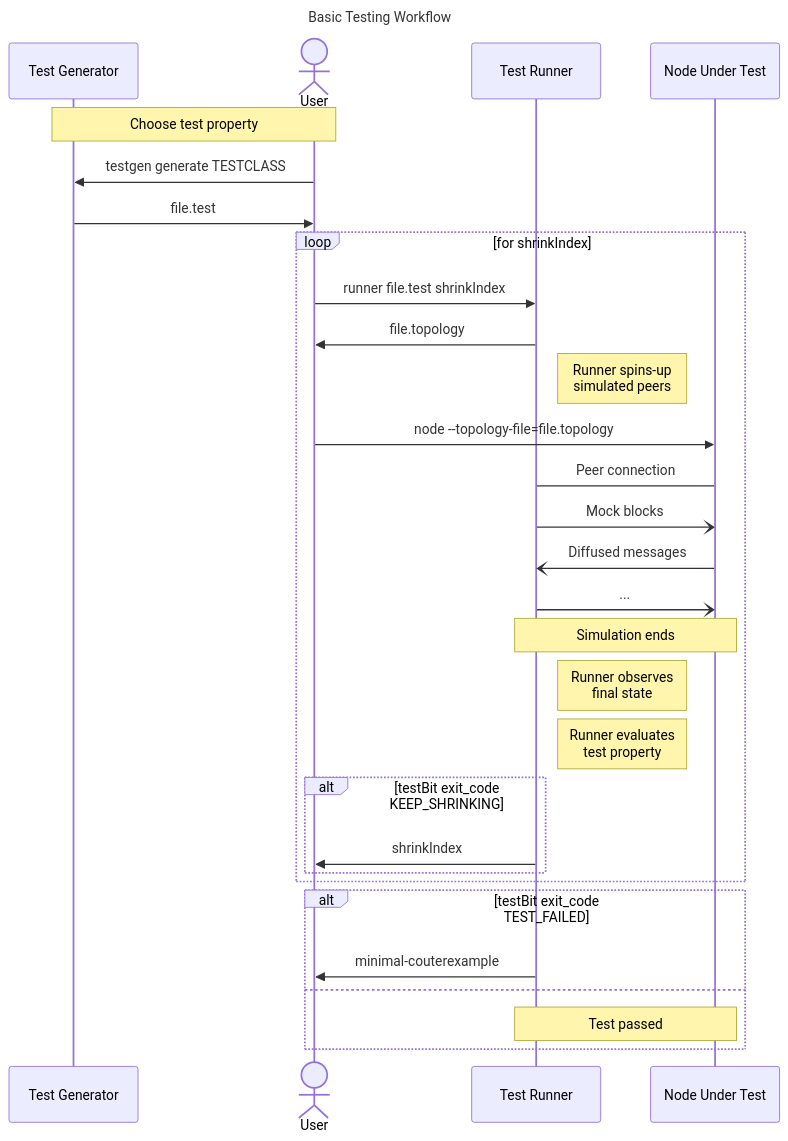
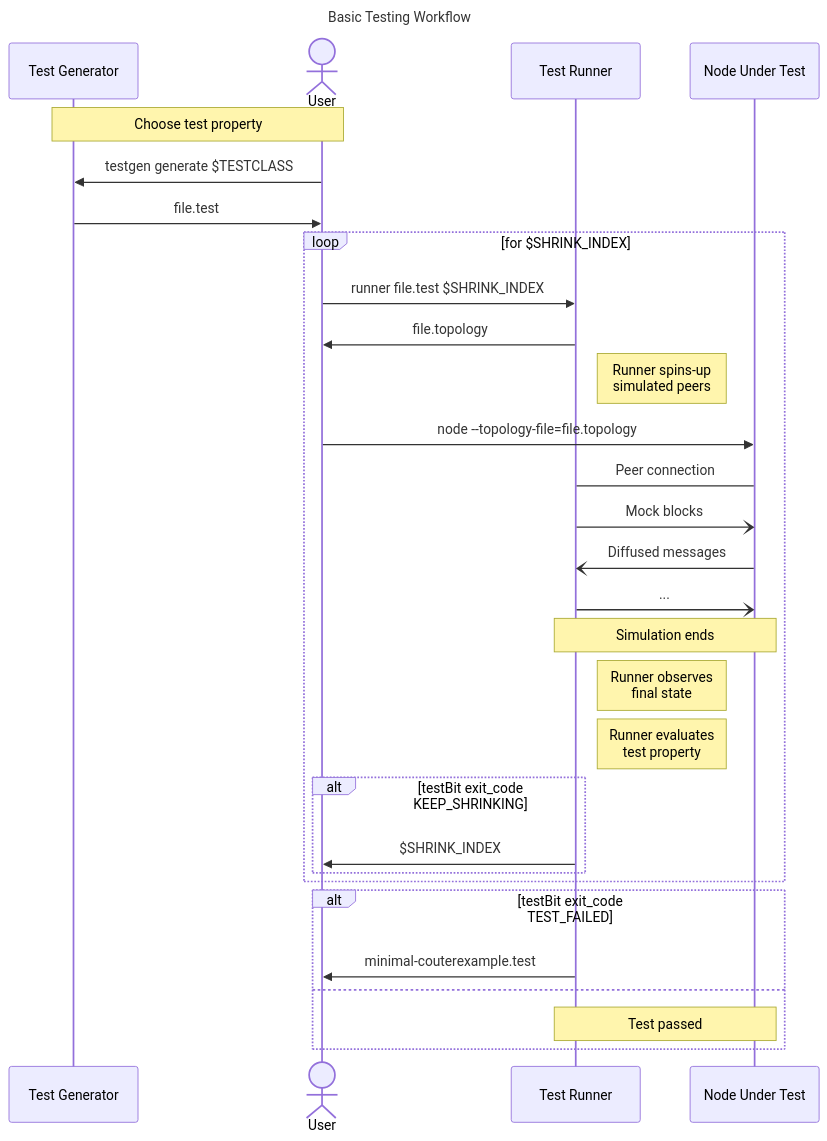
The diagram in docs/design.md (tweag/cardano-conformance-testing-of-consensus), drawn with Mermaid before and after one commit. The commit also changed other lines of this file, not shown here.

Commit message:
Homogenize variable naming convention

````diff
--- a/docs/design.md
+++ b/docs/design.md
@@ -123,44 +123,44 @@
 ```mermaid
 ---
 title: Basic Testing Workflow
 ---
 sequenceDiagram
 
   participant PSG as Test Generator
   actor User
   participant Runner as Test Runner
   participant NUT as Node Under Test
 
   Note over User,PSG: Choose test property
-  User ->> PSG: testgen generate TESTCLASS
+  User ->> PSG: testgen generate $TESTCLASS
   PSG ->> User: file.test
 
-  loop for shrinkIndex
+  loop for $SHRINK_INDEX
 
-    User ->> Runner: runner file.test shrinkIndex
+    User ->> Runner: runner file.test $SHRINK_INDEX
     Runner ->> User: file.topology
     Note right of Runner: Runner spins-up<br/>simulated peers
     User ->> NUT: node --topology-file=file.topology
 
     NUT -> Runner: Peer connection
     Runner -) NUT: Mock blocks
     NUT -) Runner: Diffused messages
     Runner -) NUT: ...
     Note over Runner,NUT: Simulation ends
 
     Note right of Runner: Runner observes<br/>final state
     Note right of Runner: Runner evaluates<br/>test property
 
   alt testBit exit_code KEEP_SHRINKING
-    Runner ->> User: shrinkIndex
+    Runner ->> User: $SHRINK_INDEX
 
   end
 
   end
 
   alt testBit exit_code TEST_FAILED
-    Runner ->> User: minimal-couterexample
+    Runner ->> User: minimal-couterexample.test
   else
     Note over Runner,NUT: Test passed
   end
 ```
````
